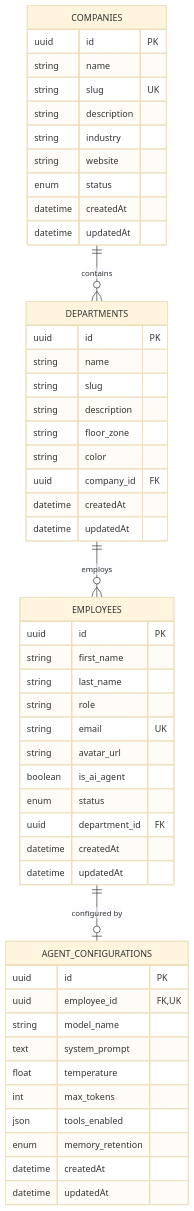
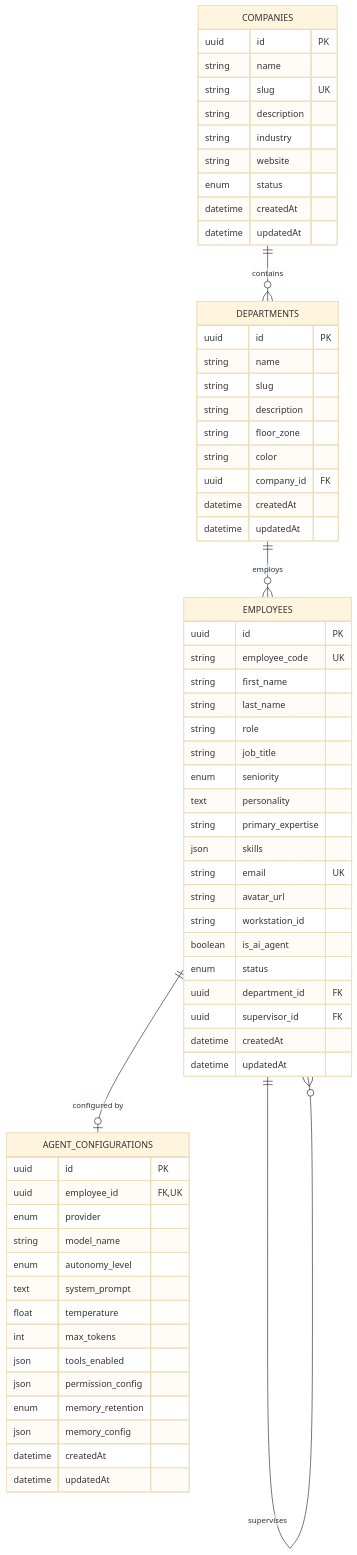
Before and after one commit to AndikaRd/AI-Company: the diagram in docs/database/database-design.md, drawn with Mermaid (base theme). The commit also changed other lines of this file and 26 other files, not shown here.

Commit message:
fix(arch): align architecture with product vision - Ollama local default, extended employee domain, editable company profile, code-splitting, and GLB character contract

````diff
--- a/docs/database/database-design.md
+++ b/docs/database/database-design.md
@@ -9,57 +9,70 @@
 ```mermaid
 erDiagram
     COMPANIES ||--o{ DEPARTMENTS : "contains"
     DEPARTMENTS ||--o{ EMPLOYEES : "employs"
+    EMPLOYEES ||--o{ EMPLOYEES : "supervises"
     EMPLOYEES ||--o| AGENT_CONFIGURATIONS : "configured by"
 
     COMPANIES {
         uuid id PK
         string name
         string slug UK
         string description
         string industry
         string website
         enum status
         datetime createdAt
         datetime updatedAt
     }
 
     DEPARTMENTS {
         uuid id PK
         string name
         string slug
         string description
         string floor_zone
         string color
         uuid company_id FK
         datetime createdAt
         datetime updatedAt
     }
 
     EMPLOYEES {
         uuid id PK
+        string employee_code UK
         string first_name
         string last_name
         string role
+        string job_title
+        enum seniority
+        text personality
+        string primary_expertise
+        json skills
         string email UK
         string avatar_url
+        string workstation_id
         boolean is_ai_agent
         enum status
         uuid department_id FK
+        uuid supervisor_id FK
         datetime createdAt
         datetime updatedAt
     }
 
     AGENT_CONFIGURATIONS {
         uuid id PK
         uuid employee_id FK,UK
+        enum provider
         string model_name
+        enum autonomy_level
         text system_prompt
         float temperature
         int max_tokens
         json tools_enabled
+        json permission_config
         enum memory_retention
+        json memory_config
         datetime createdAt
         datetime updatedAt
     }
 ```
````
